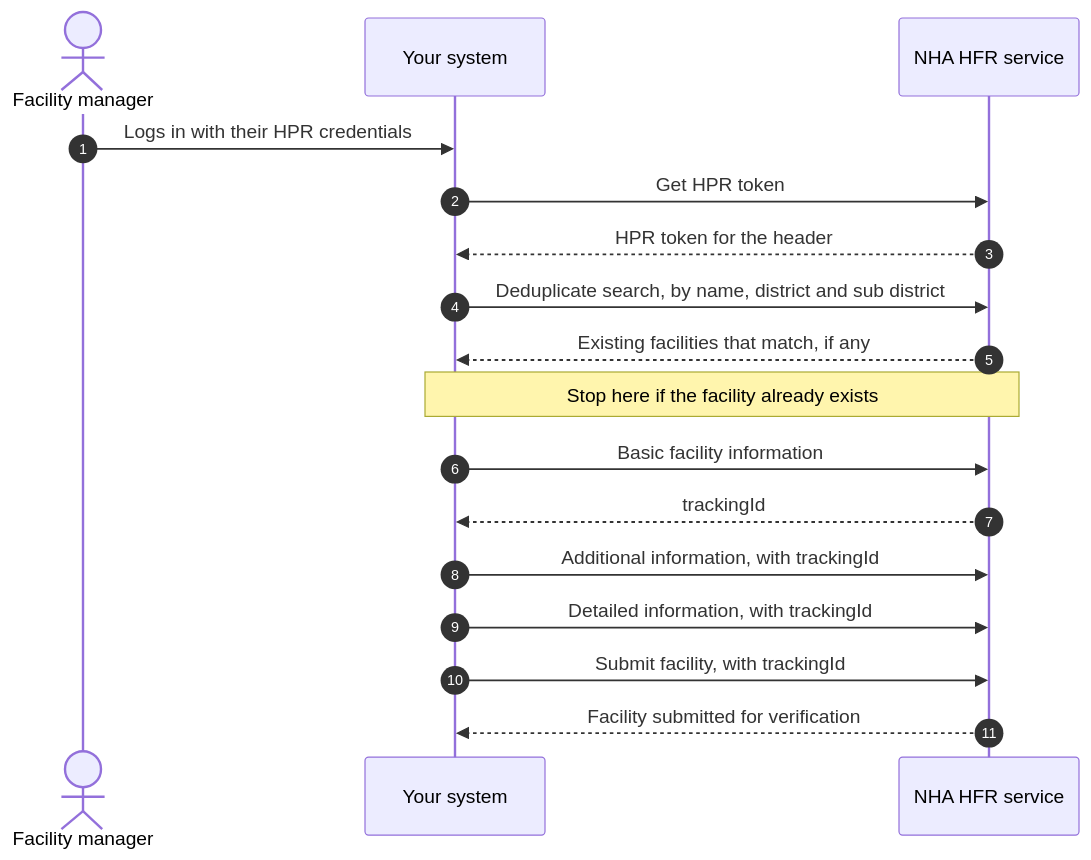
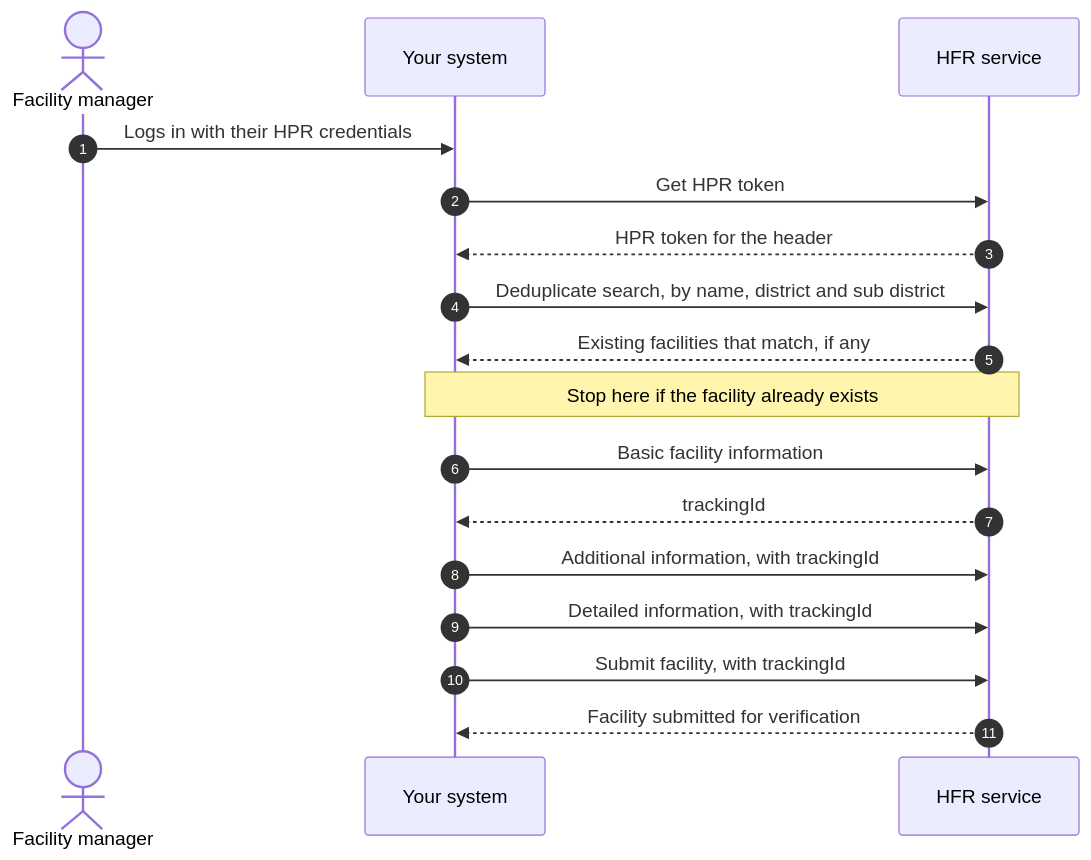
One commit to nha-in/docs changed the fourth of 6 diagrams in site/docs/hiecm/v3/milestones/m4.mdx. Above: the diagram before and after it, drawn with Mermaid. The commit also changed other lines of this file and 42 other files, not shown here.

````diff
--- a/site/docs/hiecm/v3/milestones/m4.mdx
+++ b/site/docs/hiecm/v3/milestones/m4.mdx
@@ -170,20 +170,20 @@
 ```mermaid
 sequenceDiagram
     autonumber
     actor M as Facility manager
     participant S as Your system
-    participant H as NHA HFR service
+    participant H as HFR service
 
     M->>S: Logs in with their HPR credentials
     S->>H: Get HPR token
     H-->>S: HPR token for the header
     S->>H: Deduplicate search, by name, district and sub district
     H-->>S: Existing facilities that match, if any
     Note over S,H: Stop here if the facility already exists
     S->>H: Basic facility information
     H-->>S: trackingId
     S->>H: Additional information, with trackingId
     S->>H: Detailed information, with trackingId
     S->>H: Submit facility, with trackingId
     H-->>S: Facility submitted for verification
 ```
````
